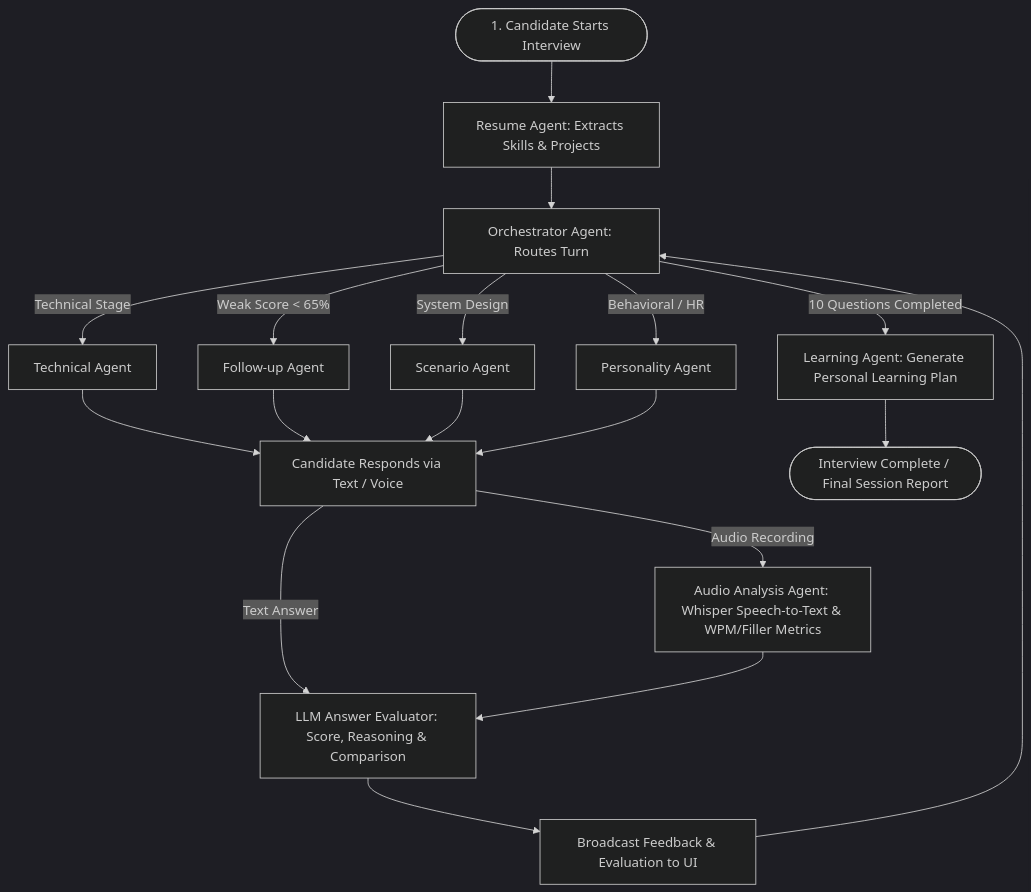
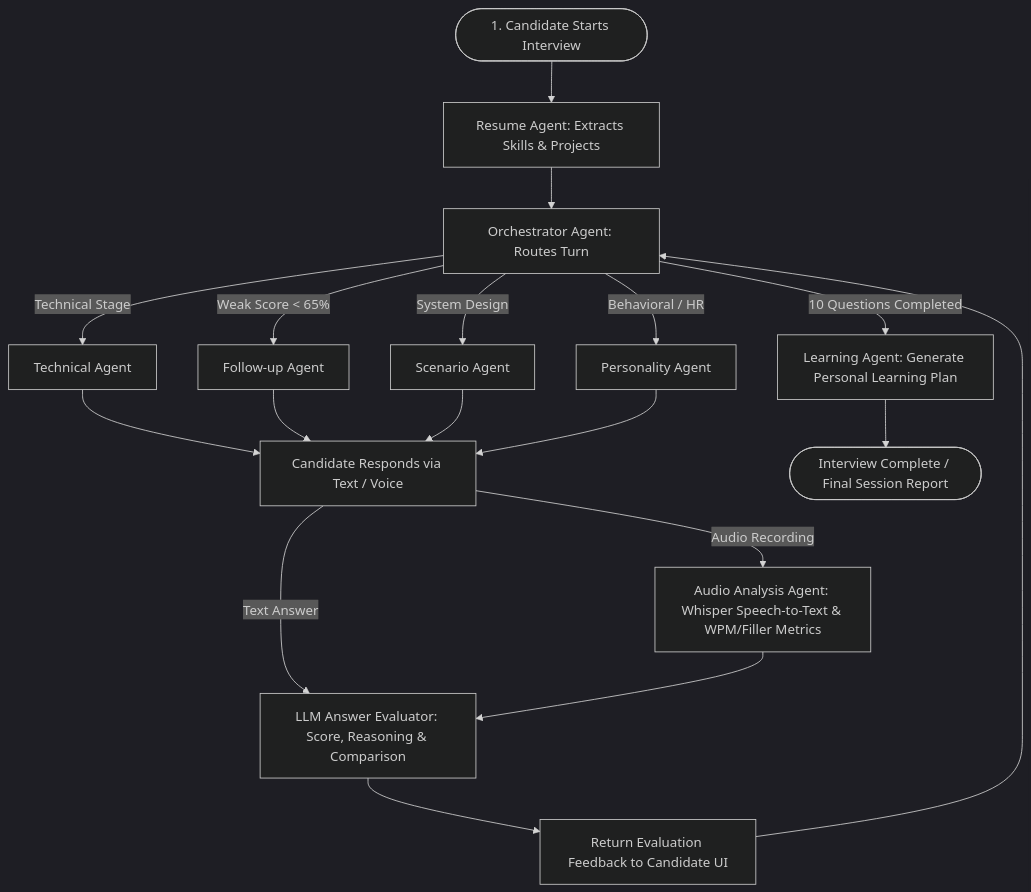
One commit to ShubhamPandey020525/Interview_Coach changed the diagram in README.md. Above: the diagram before and after it, drawn with Mermaid (dark theme). The commit also changed other lines of this file, not shown here.

Commit message:
docs: remove WebSocket references, streamline README flow, add Candidate Input & Speech-to-Text details

````diff
--- a/README.md
+++ b/README.md
@@ -32,22 +32,22 @@
 ```mermaid
 flowchart TD
     Start([1. Candidate Starts Interview]) --> Resume[Resume Agent: Extracts Skills & Projects]
     Resume --> Orch[Orchestrator Agent: Routes Turn]
     
     Orch -->|Technical Stage| Tech[Technical Agent]
     Orch -->|Weak Score < 65%| Followup[Follow-up Agent]
     Orch -->|System Design| Scenario[Scenario Agent]
     Orch -->|Behavioral / HR| Personality[Personality Agent]
     
     Tech & Followup & Scenario & Personality --> CandidateAnswer[Candidate Responds via Text / Voice]
     
     CandidateAnswer -->|Audio Recording| AudioAgent[Audio Analysis Agent: Whisper Speech-to-Text & WPM/Filler Metrics]
     CandidateAnswer -->|Text Answer| LLMEval[LLM Answer Evaluator: Score, Reasoning & Comparison]
     
     AudioAgent --> LLMEval
-    LLMEval --> PushResult[Broadcast Feedback & Evaluation to UI]
+    LLMEval --> PushResult[Return Evaluation Feedback to Candidate UI]
     PushResult --> Orch
     
     Orch -->|10 Questions Completed| Learning[Learning Agent: Generate Personal Learning Plan]
     Learning --> Complete([Interview Complete / Final Session Report])
 ```
````
